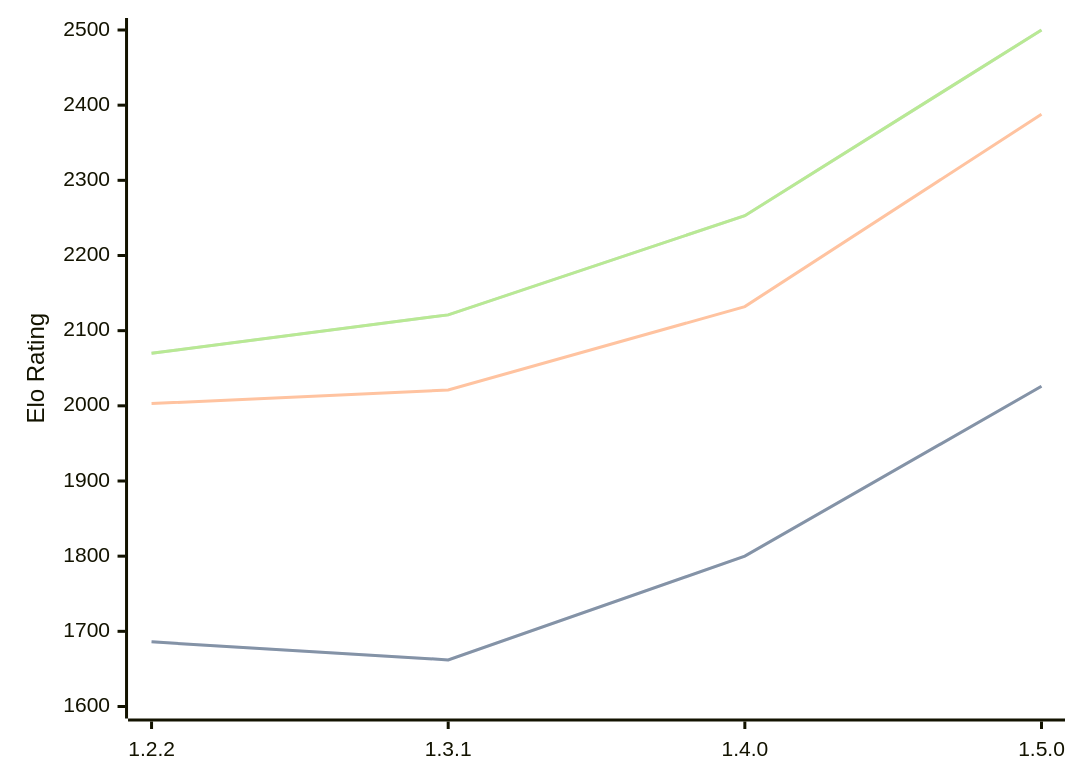
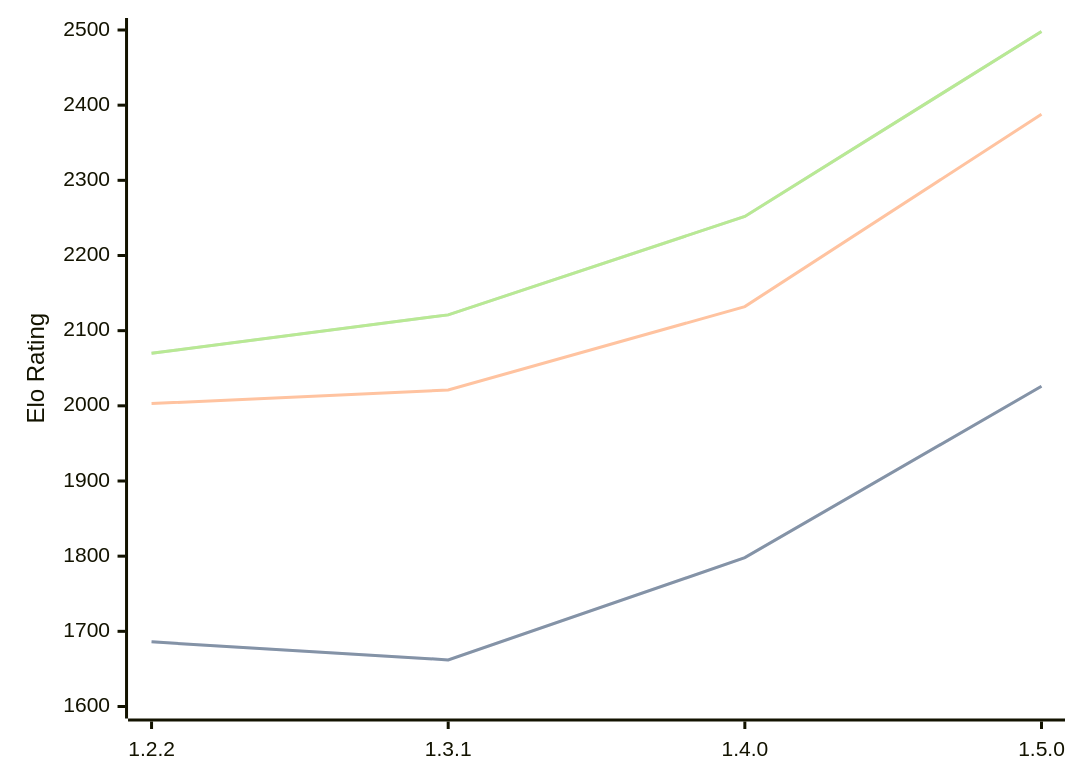
One commit to computer-chess-index/cci changed the diagram in engines/SoloEngine.md. Above: the diagram before and after it, drawn with Mermaid. The commit also changed other lines of this file, not shown here.

Commit message:
Update CCI Ratings (ELO VLTC) - 2026-03-09

````diff
--- a/engines/SoloEngine.md
+++ b/engines/SoloEngine.md
@@ -32,11 +32,11 @@
 ```mermaid
 %%{init: {"theme":"base","themeVariables":{"seriesColors:['#a3a3a3','#222221','#faa371']}}}%%
 xychart-beta
   x-axis ["1.2.2", "1.3.1", "1.4.0", "1.5.0"]
   y-axis "Elo Rating" 1600 --> 2500
-  line "STC (8.0+0.08s)" [1686, 1662, 1800, 2026]
-  line "STC (8.0+0.08s)" [1686, 1662, 1800, 2026]
+  line "STC (8.0+0.08s)" [1686, 1662, 1798, 2026]
+  line "STC (8.0+0.08s)" [1686, 1662, 1798, 2026]
   line "LTC (60.0+0.60s)" [2003, 2021, 2132, 2388]
-  line "VLTC (2m24s+1.12s)" [2070, 2121, 2253, 2500]
-  line "VLTC (2m24s+1.12s)" [2070, 2121, 2253, 2500]
+  line "VLTC (2m24s+1.12s)" [2070, 2121, 2252, 2498]
+  line "VLTC (2m24s+1.12s)" [2070, 2121, 2252, 2498]
 ```
````
